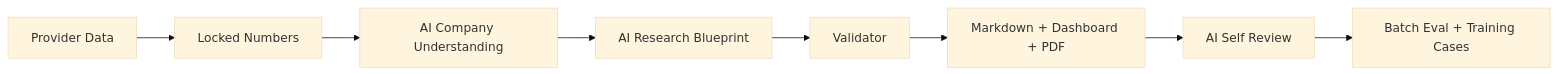
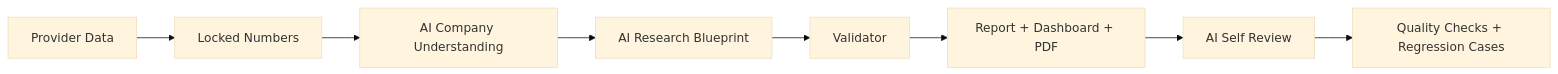
The diagram in README.md (CruiseCao13/openbb-company-research-tool), drawn with Mermaid (base theme) before and after one commit. The commit also changed other lines of this file and 2 other files, not shown here.

````diff
--- a/README.md
+++ b/README.md
@@ -25,10 +29,10 @@
 ```mermaid
 flowchart LR
   A["Provider Data"] --> B["Locked Numbers"]
   B --> C["AI Company Understanding"]
   C --> D["AI Research Blueprint"]
   D --> E["Validator"]
-  E --> F["Markdown + Dashboard + PDF"]
+  E --> F["Report + Dashboard + PDF"]
   F --> G["AI Self Review"]
-  G --> H["Batch Eval + Training Cases"]
+  G --> H["Quality Checks + Regression Cases"]
 ```
````
